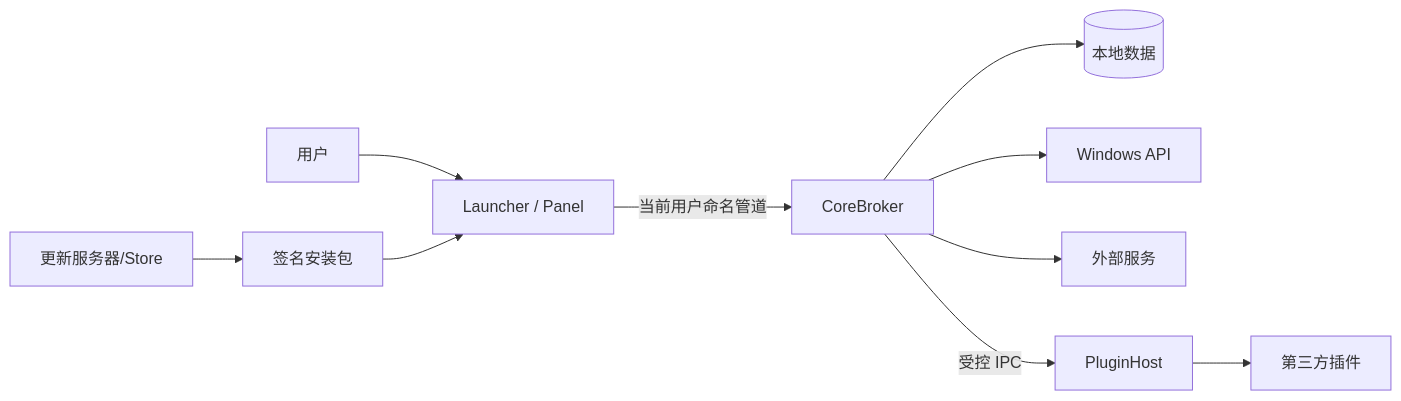
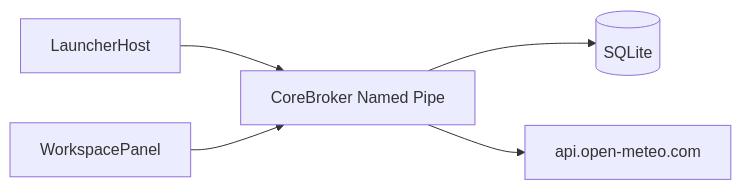
Before and after one commit to CookPiu/WinWidgetBoard: the diagram in docs/09-security-privacy.md, drawn with Mermaid. The commit also changed other lines of this file and 65 other files, not shown here.

````diff
--- a/docs/09-security-privacy.md
+++ b/docs/09-security-privacy.md
@@ -44,12 +33,7 @@
 ```mermaid
 flowchart LR
-    U["用户"] --> UI["Launcher / Panel"]
-    UI -->|当前用户命名管道| B["CoreBroker"]
-    B --> DB[("本地数据")]
-    B --> OS["Windows API"]
-    B --> NET["外部服务"]
-    B -->|受控 IPC| PH["PluginHost"]
-    PH --> PLG["第三方插件"]
-    UP["更新服务器/Store"] --> PKG["签名安装包"]
-    PKG --> UI
+    L["LauncherHost"] --> B["CoreBroker Named Pipe"]
+    P["WorkspacePanel"] --> B
+    B --> D[("SQLite")]
+    B --> W["api.open-meteo.com"]
 ```
````
